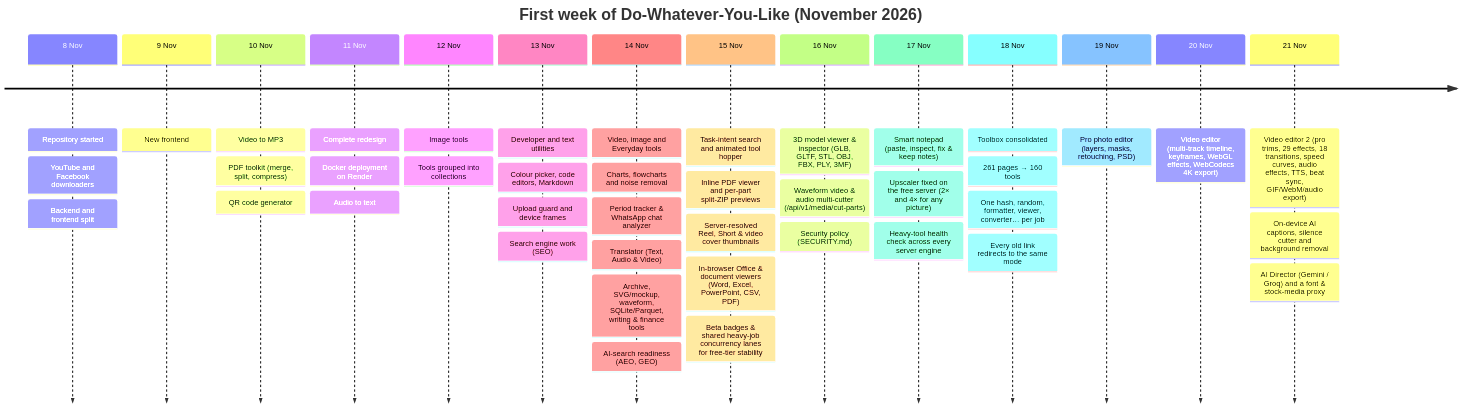
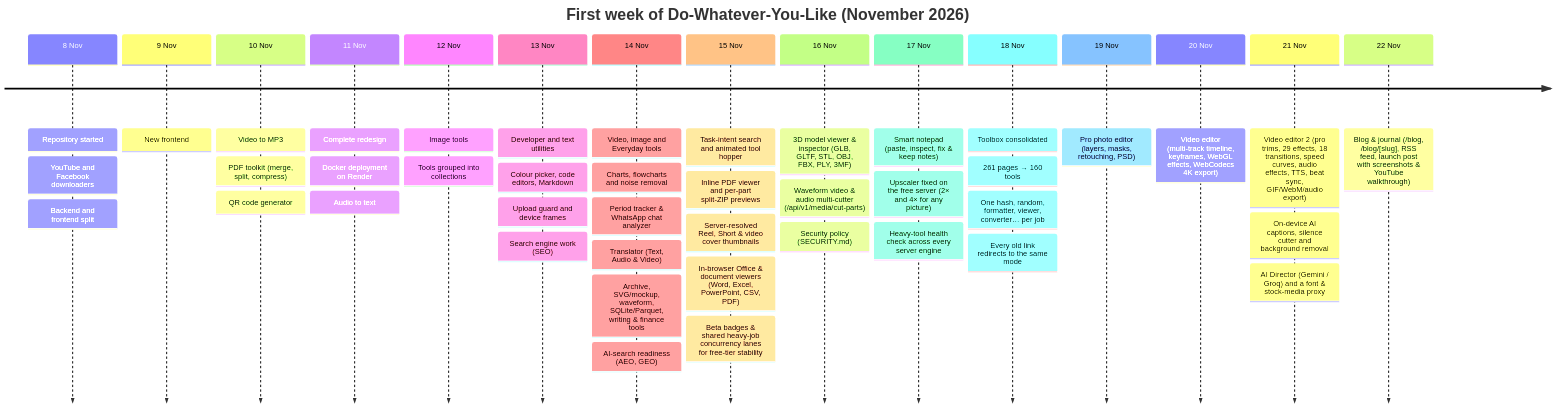
One commit to colddsam/do-whatever-you-like changed the first of 3 diagrams in README.md. Above: the diagram before and after it, drawn with Mermaid. The commit also changed other lines of this file and 29 other files, not shown here.

````diff
--- a/README.md
+++ b/README.md
@@ -388,45 +390,46 @@
 ```mermaid
 timeline
     title First week of Do-Whatever-You-Like (November 2026)
     8 Nov : Repository started
           : YouTube and Facebook downloaders
           : Backend and frontend split
     9 Nov : New frontend
     10 Nov : Video to MP3
            : PDF toolkit (merge, split, compress)
            : QR code generator
     11 Nov : Complete redesign
            : Docker deployment on Render
            : Audio to text
     12 Nov : Image tools
            : Tools grouped into collections
     13 Nov : Developer and text utilities
            : Colour picker, code editors, Markdown
            : Upload guard and device frames
            : Search engine work (SEO)
     14 Nov : Video, image and Everyday tools
            : Charts, flowcharts and noise removal
            : Period tracker & WhatsApp chat analyzer
            : Translator (Text, Audio & Video)
            : Archive, SVG/mockup, waveform, SQLite/Parquet, writing & finance tools
            : AI-search readiness (AEO, GEO)
     15 Nov : Task-intent search and animated tool hopper
            : Inline PDF viewer and per-part split-ZIP previews
            : Server-resolved Reel, Short & video cover thumbnails
            : In-browser Office & document viewers (Word, Excel, PowerPoint, CSV, PDF)
            : Beta badges & shared heavy-job concurrency lanes for free-tier stability
     16 Nov : 3D model viewer & inspector (GLB, GLTF, STL, OBJ, FBX, PLY, 3MF)
            : Waveform video & audio multi-cutter (/api/v1/media/cut-parts)
            : Security policy (SECURITY.md)
     17 Nov : Smart notepad (paste, inspect, fix & keep notes)
            : Upscaler fixed on the free server (2× and 4× for any picture)
            : Heavy-tool health check across every server engine
     18 Nov : Toolbox consolidated: 261 pages → 160 tools
            : One hash, random, formatter, viewer, converter… per job
            : Every old link redirects to the same mode
     19 Nov : Pro photo editor (layers, masks, retouching, PSD)
     20 Nov : Video editor (multi-track timeline, keyframes, WebGL effects, WebCodecs 4K export)
     21 Nov : Video editor 2 (pro trims, 29 effects, 18 transitions, speed curves, audio effects, TTS, beat sync, GIF/WebM/audio export)
            : On-device AI captions, silence cutter and background removal
            : AI Director (Gemini / Groq) and a font & stock-media proxy
+    22 Nov : Blog & journal (/blog, /blog/[slug], RSS feed, launch post with screenshots & YouTube walkthrough)
 ```
````
